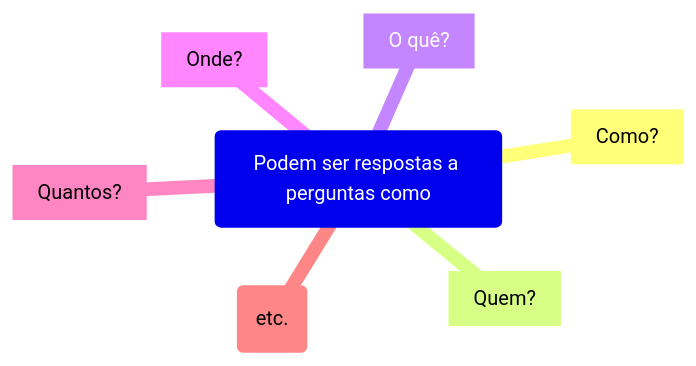
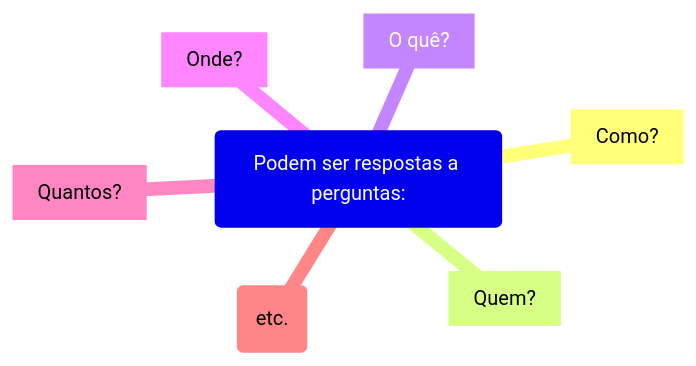
Before and after one commit to Igorino/joplin-notes: the second of 3 diagrams in Mestrado/Segundo Semestre/SIN5033 - Grafos de conhecimento e Ontologias/Aula 1/1 Conceitos basicos.md, drawn with Mermaid.

Commit message:
Exported on 2026-04-05_19-50-59

````diff
--- a/Mestrado/Segundo Semestre/SIN5033 - Grafos de conhecimento e Ontologias/Aula 1/1 Conceitos basicos.md
+++ b/Mestrado/Segundo Semestre/SIN5033 - Grafos de conhecimento e Ontologias/Aula 1/1 Conceitos basicos.md
@@ -40,14 +40,14 @@
 ```mermaid
 ---
 config:
   layout: tidy-tree
 ---
 mindmap
-root(Podem ser respostas a perguntas como)
+(Podem ser respostas a perguntas:)
 	[Como?]
 	[Quem?]
 	[O quê?]
 	[Onde?]
 	[Quantos?]
 	(etc.)
 ```
````
